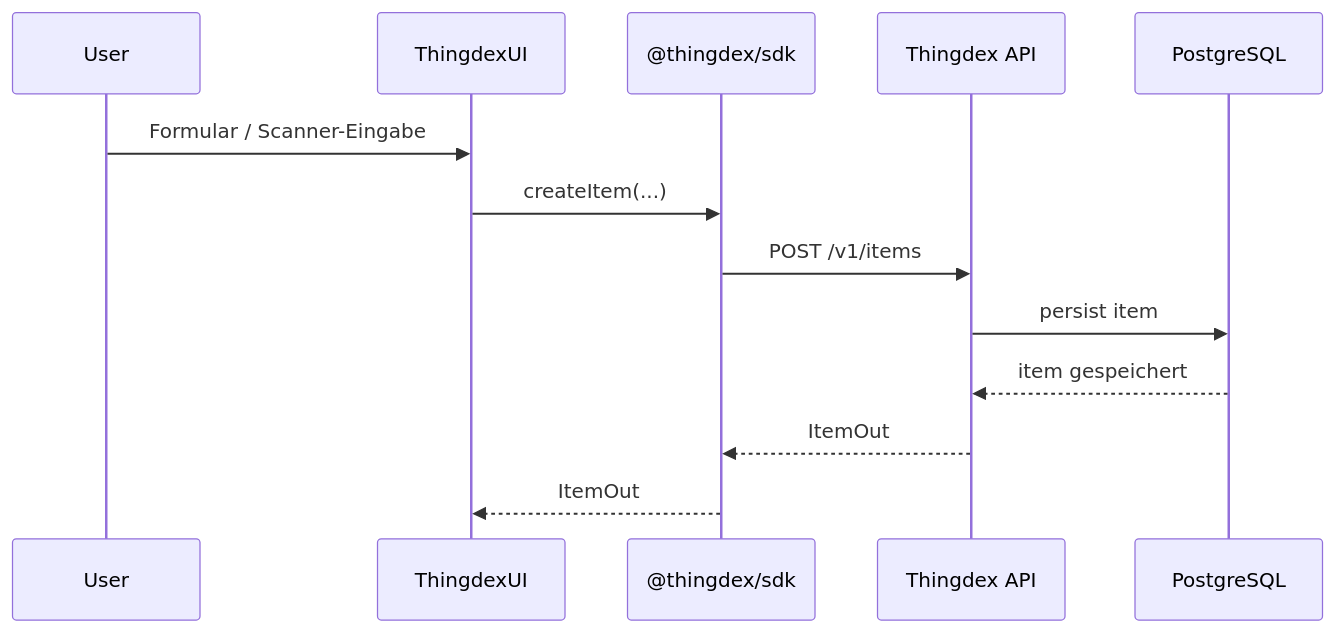
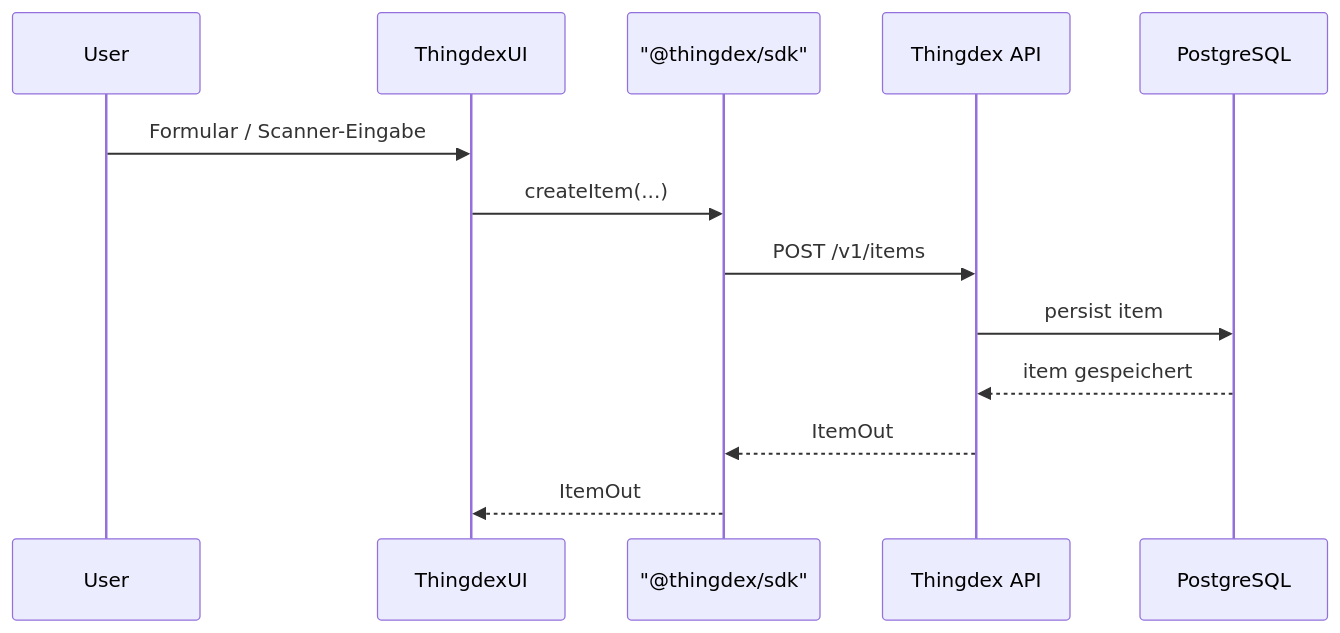
Before and after one commit to Hartmannlight/Thingdex-Home-Inventory: the fourth of 6 diagrams in README.md, drawn with Mermaid. The commit also changed other lines of this file, not shown here.

Commit message:
docs: fix mermaid diagram syntax in README.md

````diff
--- a/README.md
+++ b/README.md
@@ -417,16 +417,16 @@
 ```mermaid
 sequenceDiagram
     participant User
     participant UI as ThingdexUI
-    participant SDK as @thingdex/sdk
+    participant SDK as "@thingdex/sdk"
     participant TD as Thingdex API
     participant DB as PostgreSQL
 
     User->>UI: Formular / Scanner-Eingabe
     UI->>SDK: createItem(...)
     SDK->>TD: POST /v1/items
     TD->>DB: persist item
     DB-->>TD: item gespeichert
     TD-->>SDK: ItemOut
     SDK-->>UI: ItemOut
 ```
````
